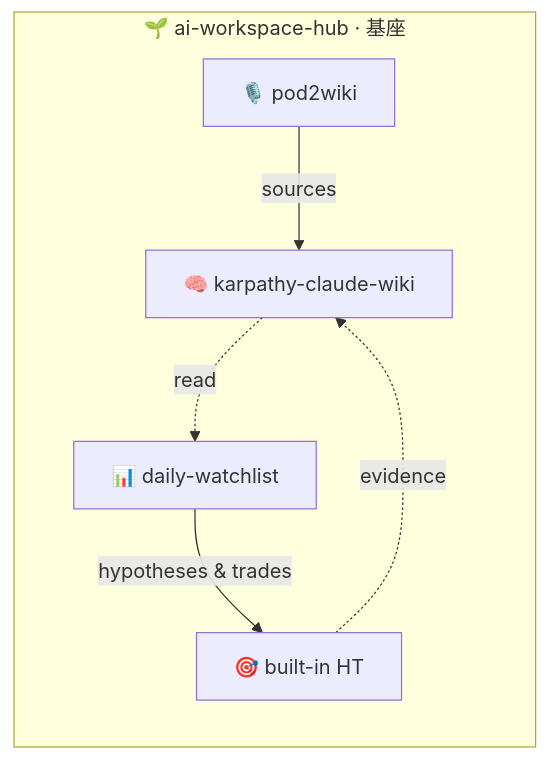
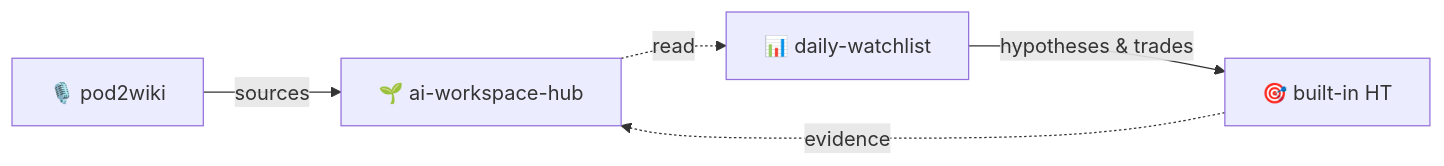
Before and after one commit to Benboerba620/Benboerba620: the diagram in README.md, drawn with Mermaid. The commit also changed other lines of this file, not shown here.

First line of the commit message:
profile: ai-workspace-hub 进三件套占基座槽，karpathy-wiki 抽为独立知识库单品

````diff
--- a/README.md
+++ b/README.md
@@ -27,9 +17,7 @@
 ```mermaid
 flowchart LR
-    subgraph HUB[🌱 ai-workspace-hub · 基座]
-        P[🎙️ pod2wiki] -->|sources| W[🧠 karpathy-claude-wiki]
-        W -.->|read| D[📊 daily-watchlist]
-        D -->|hypotheses & trades| DHT[🎯 built-in HT]
-        DHT -.->|evidence| W
-    end
+    P[🎙️ pod2wiki] -->|sources| H[🌱 ai-workspace-hub]
+    H -.->|read| D[📊 daily-watchlist]
+    D -->|hypotheses & trades| DHT[🎯 built-in HT]
+    DHT -.->|evidence| H
 ```
````
